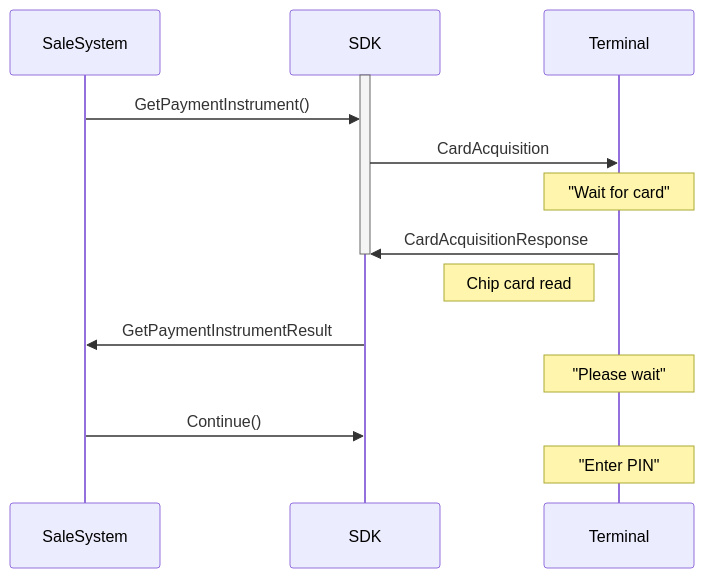
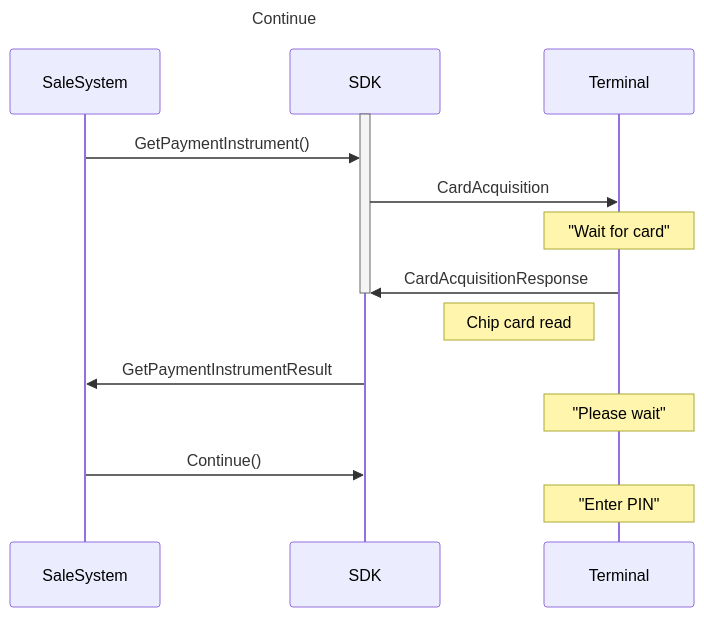
Before and after one commit to SwedbankPay/developer.swedbankpay.com: the diagram in pax-terminal/NET/SwpTrmLib/Methods/otheravailable/continue.md, drawn with Mermaid. The commit also changed 66 other files, not shown here.

Commit message:
Added titles in sequence diagrams

````diff
--- a/pax-terminal/NET/SwpTrmLib/Methods/otheravailable/continue.md
+++ b/pax-terminal/NET/SwpTrmLib/Methods/otheravailable/continue.md
@@ -16,17 +16,18 @@
 ```mermaid
 sequenceDiagram
+title: Continue
 participant SaleSystem
 participant SDK
 participant Terminal
     activate SDK
     SaleSystem->>SDK: GetPaymentInstrument()
     SDK->>Terminal: CardAcquisition
     Note over Terminal: "Wait for card"
     Terminal->>SDK: CardAcquisitionResponse
     deactivate SDK
     Note left of Terminal: Chip card read
     SDK->>SaleSystem: GetPaymentInstrumentResult
     Note over Terminal: "Please wait"
     SaleSystem->>SDK: Continue()
     Note over Terminal: "Enter PIN"
 ```
````
